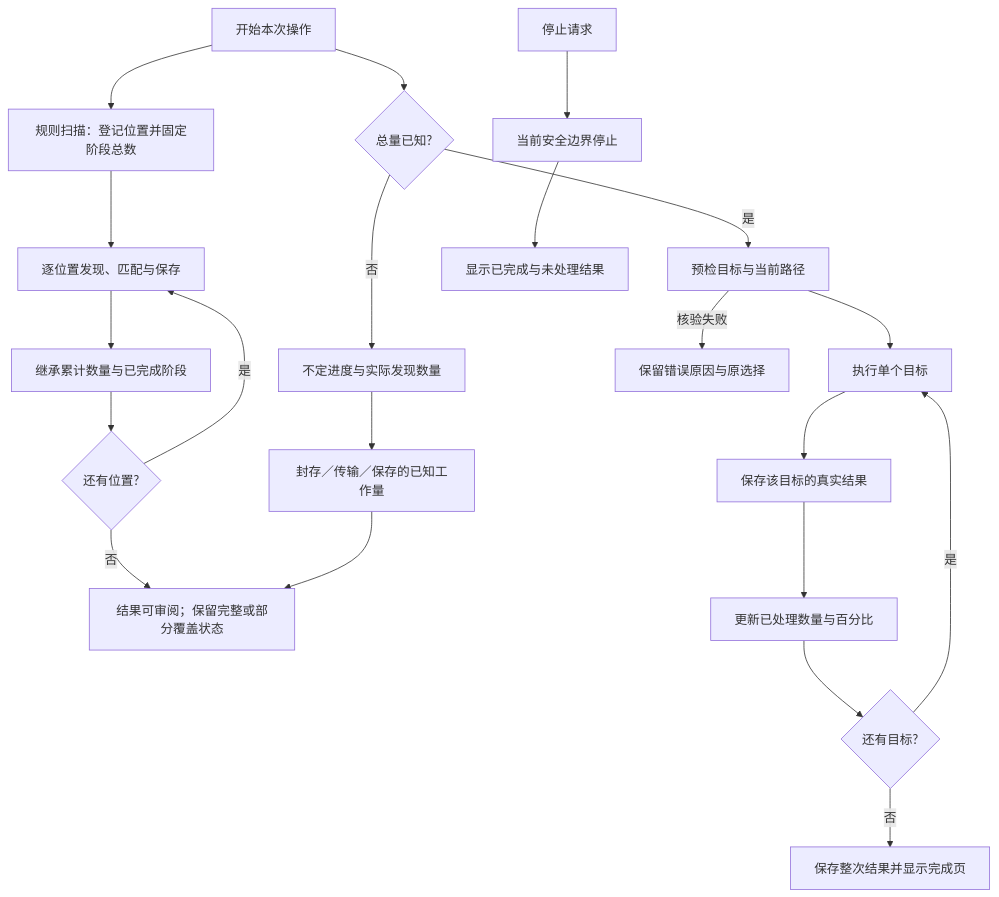
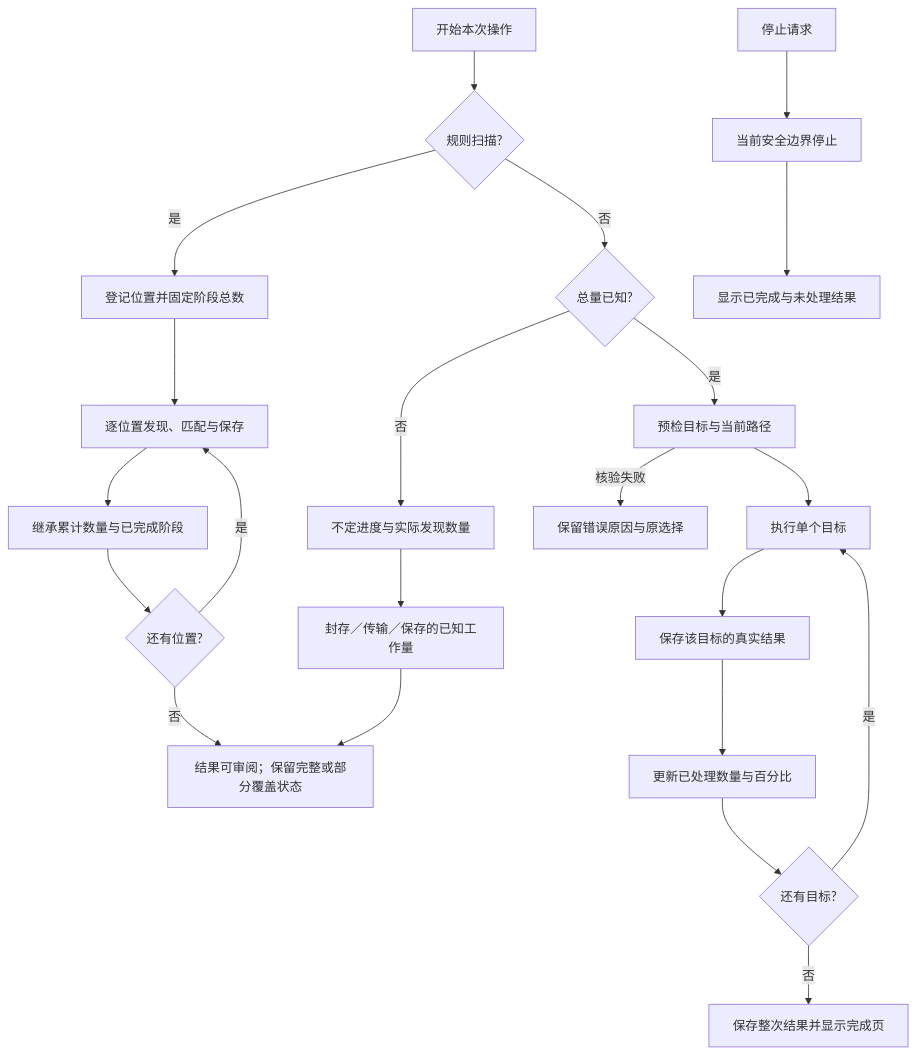
One commit to limecloud/shou changed the second of 4 diagrams in docs/zh-CN/product/operation-progress.md. Above: the diagram before and after it, drawn with Mermaid. The commit also changed 1 other file, not shown here.

Commit message:
docs: clarify rule-scan branches in progress diagrams

````diff
--- a/docs/zh-CN/product/operation-progress.md
+++ b/docs/zh-CN/product/operation-progress.md
@@ -54,23 +54,24 @@
 ```mermaid
 flowchart TD
-  Start[开始本次操作] --> Known{总量已知?}
-  Start --> Register[规则扫描：登记位置并固定阶段总数]
+  Start[开始本次操作] --> Kind{规则扫描?}
+  Kind -->|否| Known{总量已知?}
+  Kind -->|是| Register[登记位置并固定阶段总数]
   Register --> ScanLocation[逐位置发现、匹配与保存]
   ScanLocation --> Cumulative[继承累计数量与已完成阶段]
   Cumulative --> NextLocation{还有位置?}
   NextLocation -->|是| ScanLocation
   NextLocation -->|否| Ready
   Known -->|否| Discover[不定进度与实际发现数量]
   Discover --> Stage[封存／传输／保存的已知工作量]
   Stage --> Ready[结果可审阅；保留完整或部分覆盖状态]
   Known -->|是| Check[预检目标与当前路径]
   Check --> Work[执行单个目标]
   Work --> Save[保存该目标的真实结果]
   Save --> Count[更新已处理数量与百分比]
   Count --> More{还有目标?}
   More -->|是| Work
   More -->|否| Finish[保存整次结果并显示完成页]
   Stop[停止请求] --> Boundary[当前安全边界停止]
   Boundary --> Partial[显示已完成与未处理结果]
   Check -->|核验失败| Error[保留错误原因与原选择]
 ```
````
